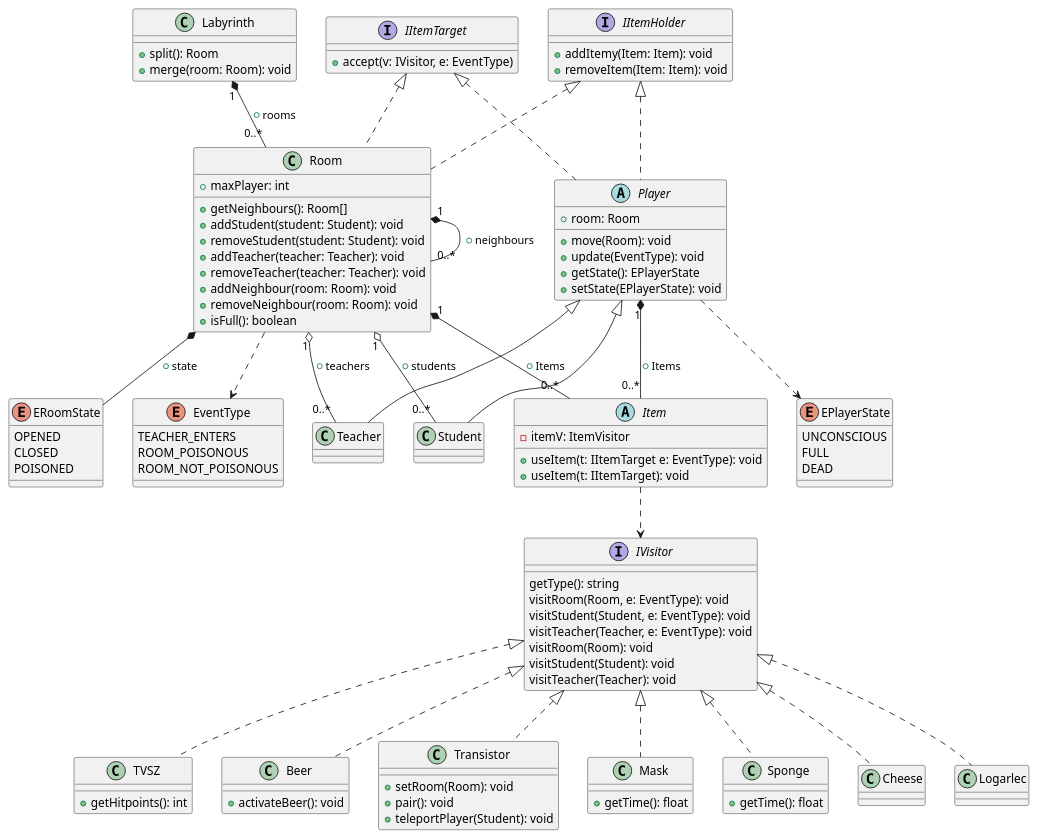
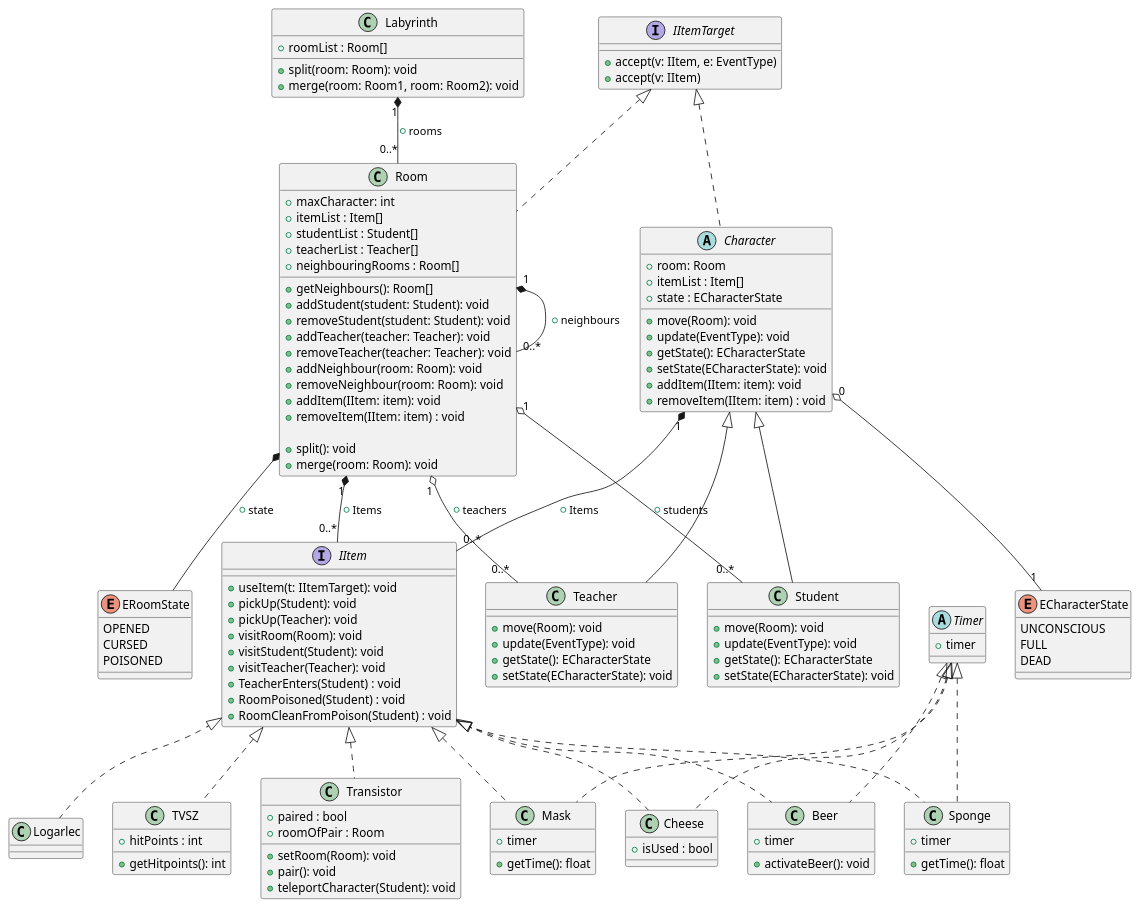
Before and after one commit to MBakter/echo: the diagram in Class_UML.plantuml, drawn with PlantUML. The commit also changed 4 other files, not shown here.

```diff
--- a/Class_UML.plantuml
+++ b/Class_UML.plantuml
@@ -1,119 +1,148 @@
 @startuml UML
 
 class Labyrinth {
-    +split(): Room
-    +merge(room: Room): void
+    +roomList : Room[]
+
+    +split(room: Room): void
+    +merge(room: Room1, room: Room2): void
 }
 
-class Room implements IItemHolder, IItemTarget{
-    + maxPlayer: int
+/' Removed implementing IItemHolder '/
+class Room implements IItemTarget{
+    + maxCharacter: int
+    + itemList : Item[]
+    + studentList : Student[]
+    + teacherList : Teacher[]
+    + neighbouringRooms : Room[]
 
-    +getNeighbours(): Room[]
-    +addStudent(student: Student): void
-    +removeStudent(student: Student): void
-    +addTeacher(teacher: Teacher): void
-    +removeTeacher(teacher: Teacher): void
-    +addNeighbour(room: Room): void
-    +removeNeighbour(room: Room): void   
-    +isFull(): boolean
+    + getNeighbours(): Room[]
+    + addStudent(student: Student): void
+    + removeStudent(student: Student): void
+    + addTeacher(teacher: Teacher): void
+    + removeTeacher(teacher: Teacher): void
+    + addNeighbour(room: Room): void
+    + removeNeighbour(room: Room): void
+    + addItem(IItem: item): void
+    + removeItem(IItem: item) : void
+
+    + split(): void
+    + merge(room: Room): void
 }
 
-enum EPlayerState {
+enum ECharacterState {
     UNCONSCIOUS
     FULL
     DEAD
 }
 
-abstract class Player implements IItemHolder, IItemTarget{
+/' Removed implementing IItemHolder '/
+abstract class Character implements IItemTarget{
     + room: Room
+    +itemList : Item[]
+    +state : ECharacterState
+
     + move(Room): void
     + update(EventType): void
-    + getState(): EPlayerState
-    + setState(EPlayerState): void
+    + getState(): ECharacterState
+    + setState(ECharacterState): void
+    + addItem(IItem: item): void
+    + removeItem(IItem: item) : void
 }
 
-Player ..> EPlayerState
+Character "0" o-- "1" ECharacterState
 
-interface IVisitor {
-    getType(): string
-    visitRoom(Room, e: EventType): void
-    visitStudent(Student, e: EventType): void
-    visitTeacher(Teacher, e: EventType): void
-    visitRoom(Room): void
-    visitStudent(Student): void
-    visitTeacher(Teacher): void
-}
-
-abstract class Item{
-    -itemV: ItemVisitor
-    + useItem(t: IItemTarget e: EventType): void
+interface IItem {
     + useItem(t: IItemTarget): void
+    + pickUp(Student): void
+    + pickUp(Teacher): void
+    + visitRoom(Room): void
+    + visitStudent(Student): void
+    + visitTeacher(Teacher): void
+    + TeacherEnters(Student) : void
+    + RoomPoisoned(Student) : void
+    + RoomCleanFromPoison(Student) : void
 }
 
 interface IItemTarget{
-    + accept(v: IVisitor, e: EventType)
+    + accept(v: IItem, e: EventType)
+    + accept(v: IItem)
 }
 
-class Teacher extends Player{}
-
-
-class Student extends Player{
+class Teacher extends Character{
+    + move(Room): void
+    + update(EventType): void
+    + getState(): ECharacterState
+    + setState(ECharacterState): void
 }
 
-interface IItemHolder {
+class Student extends Character{
+    + move(Room): void
+    + update(EventType): void
+    + getState(): ECharacterState
+    + setState(ECharacterState): void
+}
+
+/' interface IItemHolder {
     + addItemy(Item: Item): void
     + removeItem(Item: Item): void
-}
+} '/
 
 enum ERoomState {
     OPENED
-    CLOSED
+    CURSED
     POISONED
 }
 
-enum EventType {
-    TEACHER_ENTERS
-    ROOM_POISONOUS
-    ROOM_NOT_POISONOUS
+abstract class Timer {
+    + timer
 }
-Room ..> EventType
 
-class TVSZ implements IVisitor {
+class TVSZ implements IItem {
+    +hitPoints : int
+
     + getHitpoints(): int
 }
 
-class Beer implements IVisitor {
+class Beer implements IItem, Timer {
+    + timer
+
     + activateBeer(): void
 }
 
-class Transistor implements IVisitor  {
+class Transistor implements IItem  {
+    + paired : bool
+    + roomOfPair : Room
+
     + setRoom(Room): void
     + pair(): void
-    + teleportPlayer(Student): void
+    + teleportCharacter(Student): void
 }
 
-class Mask  implements IVisitor  {
+class Mask implements IItem, Timer  {
+    + timer
+
     + getTime(): float
 }
 
-class Sponge  implements IVisitor  {
+class Sponge  implements IItem, Timer  {
+    + timer
+
     + getTime(): float
 }
 
-class Cheese  implements IVisitor {
+class Cheese  implements IItem, Timer {
+    + isUsed : bool
 }
 
-class Logarlec  implements IVisitor  {
+class Logarlec  implements IItem  {
 }
 
 Room "1" o-- "0..*" Student: + students
 Room "1" o-- "0..*" Teacher: + teachers
 Room "1" *-- "0..*" Room: + neighbours
-Player "1" *-- "0..*" Item: + Items
-Room "1" *-- "0..*" Item: + Items
+Character "1" *-- "0..*" IItem: + Items
+Room "1" *-- "0..*" IItem: + Items
 Room *-- ERoomState: + state
 Labyrinth "1" *-- "0..*" Room: + rooms
 
-Item ..> IVisitor
-
 @enduml
```
